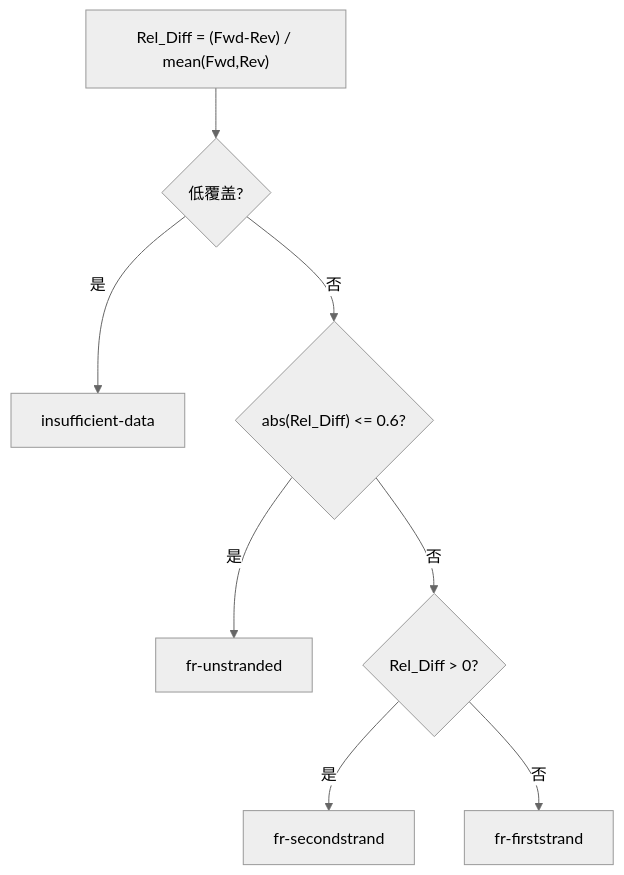
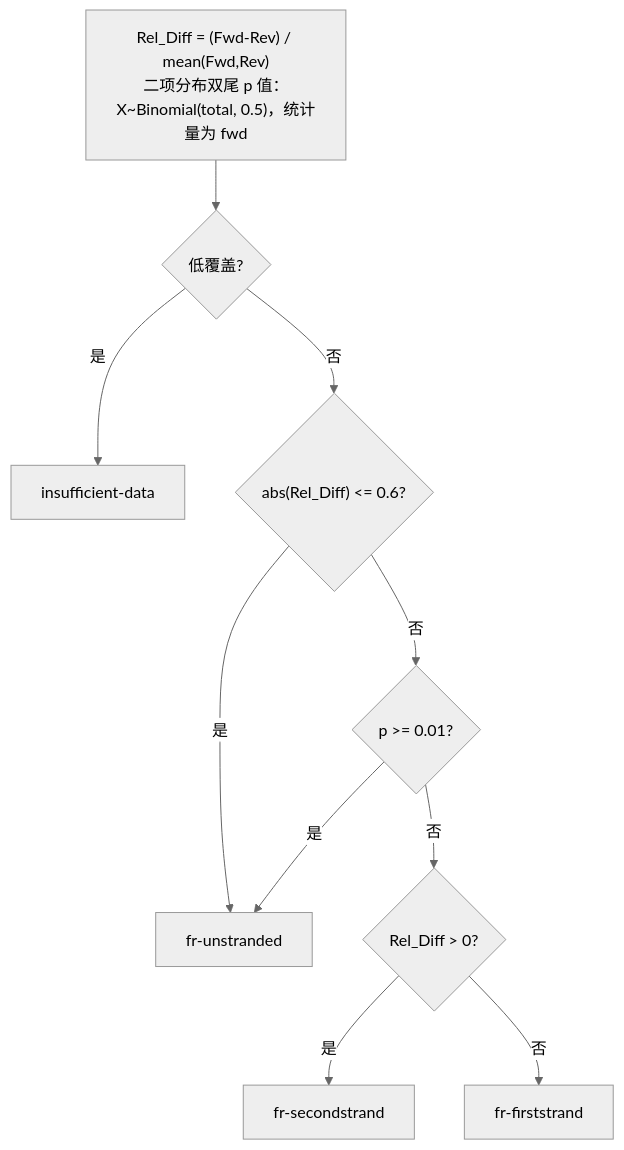
One commit to yudalang3/resolveS changed the third of 3 diagrams in README_zh.md. Above: the diagram before and after it, drawn with Mermaid (neutral theme). The commit also changed other lines of this file and 4 other files, not shown here.

````diff
--- a/README_zh.md
+++ b/README_zh.md
@@ -232,10 +232,12 @@
 ```mermaid
 flowchart TD
-    A["Rel_Diff = (Fwd-Rev) / mean(Fwd,Rev)"] --> B{"低覆盖?"}
+    A["Rel_Diff = (Fwd-Rev) / mean(Fwd,Rev)<br/>二项分布双尾 p 值：X~Binomial(total, 0.5)，统计量为 fwd"] --> B{"低覆盖?"}
     B -->|是| C["insufficient-data"]
     B -->|否| D{"abs(Rel_Diff) <= 0.6?"}
     D -->|是| E["fr-unstranded"]
-    D -->|否| F{"Rel_Diff > 0?"}
-    F -->|是| G["fr-secondstrand"]
-    F -->|否| H["fr-firststrand"]
+    D -->|否| F{"p >= 0.01?"}
+    F -->|是| E
+    F -->|否| G{"Rel_Diff > 0?"}
+    G -->|是| H["fr-secondstrand"]
+    G -->|否| I["fr-firststrand"]
 ```
````
